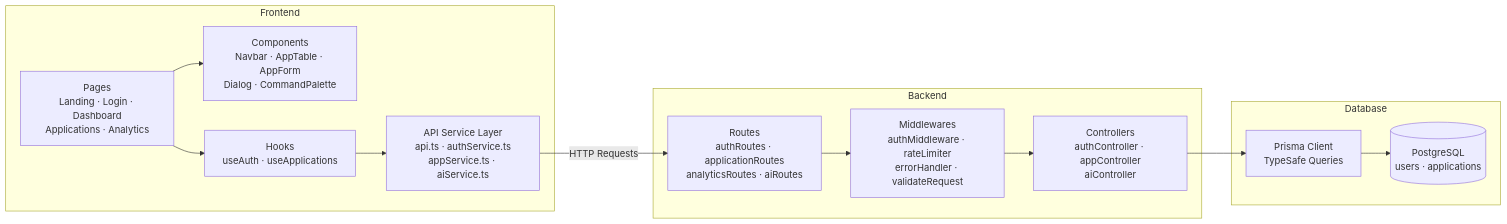
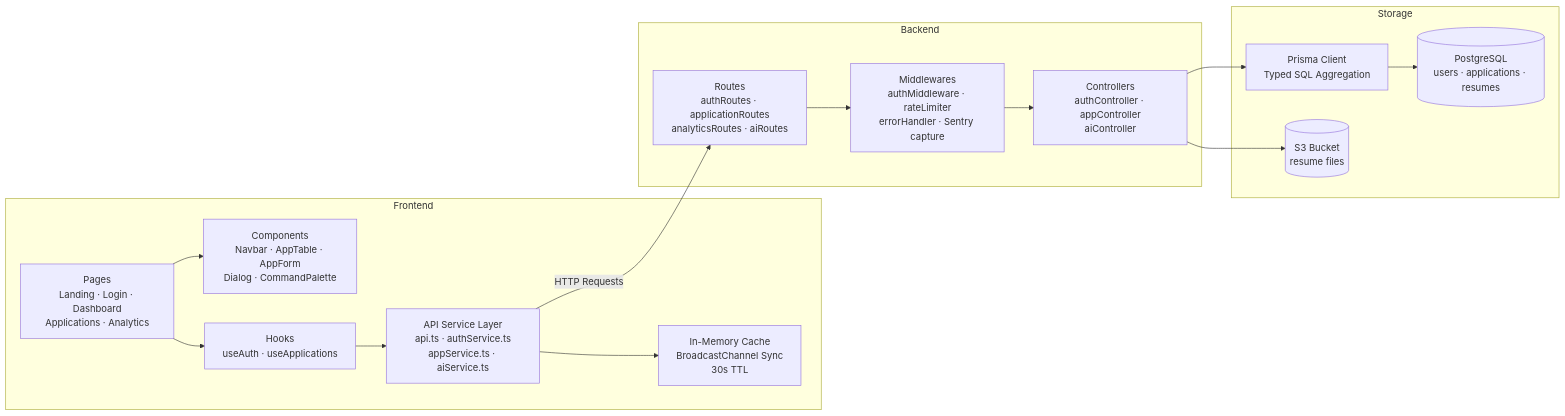
One commit to mdadeel/Career-Tracker changed the second of 4 diagrams in README.md. Above: the diagram before and after it, drawn with Mermaid. The commit also changed other lines of this file, not shown here.

````diff
--- a/README.md
+++ b/README.md
@@ -103,29 +123,33 @@
 ```mermaid
 graph LR
     subgraph Frontend
         Pages[Pages<br/>Landing · Login · Dashboard<br/>Applications · Analytics]
         Components[Components<br/>Navbar · AppTable · AppForm<br/>Dialog · CommandPalette]
         Hooks[Hooks<br/>useAuth · useApplications]
+        Cache[In-Memory Cache<br/>BroadcastChannel Sync<br/>30s TTL]
         Services[API Service Layer<br/>api.ts · authService.ts<br/>appService.ts · aiService.ts]
     end
 
     subgraph Backend
         Routes[Routes<br/>authRoutes · applicationRoutes<br/>analyticsRoutes · aiRoutes]
         Controllers[Controllers<br/>authController · appController<br/>aiController]
-        Middlewares[Middlewares<br/>authMiddleware · rateLimiter<br/>errorHandler · validateRequest]
+        Middlewares[Middlewares<br/>authMiddleware · rateLimiter<br/>errorHandler · Sentry capture]
     end
 
-    subgraph Database
-        PrismaClient[Prisma Client<br/>TypeSafe Queries]
-        PG[(PostgreSQL<br/>users · applications)]
+    subgraph Storage
+        PrismaClient[Prisma Client<br/>Typed SQL Aggregation]
+        PG[(PostgreSQL<br/>users · applications · resumes)]
+        AWS[(S3 Bucket<br/>resume files)]
     end
 
     Pages --> Components
     Pages --> Hooks
     Hooks --> Services
+    Services --> Cache
     Services -->|HTTP Requests| Routes
     Routes --> Middlewares
     Middlewares --> Controllers
     Controllers --> PrismaClient
+    Controllers --> AWS
     PrismaClient --> PG
 ```
````
